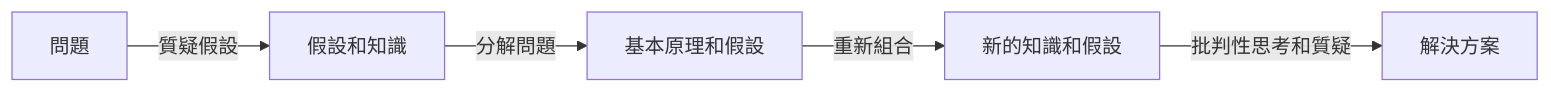
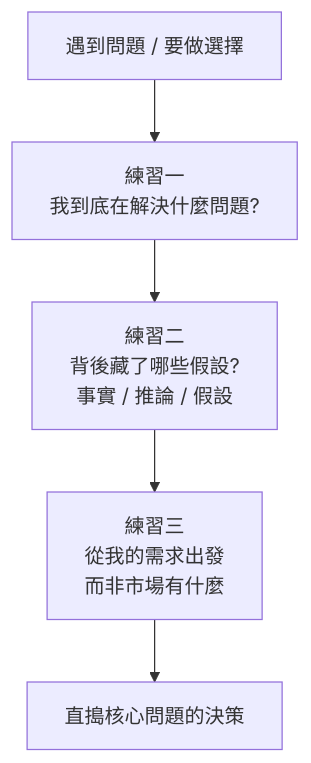
One commit to a920604a/engineernews changed the diagram in src/content/posts/learning/2026-04-25-ep665-first-principles-how-to-use-them-three-thinking-exerci.md. Above: the diagram before and after it, drawn with Mermaid. The commit also changed other lines of this file and 468 other files, not shown here.

````diff
--- a/src/content/posts/learning/2026-04-25-ep665-first-principles-how-to-use-them-three-thinking-exerci.md
+++ b/src/content/posts/learning/2026-04-25-ep665-first-principles-how-to-use-them-three-thinking-exerci.md
@@ -26,7 +28,7 @@
 ```mermaid
-graph LR
-    A[問題] -->|"質疑假設"| B[假設和知識]
-    B -->|"分解問題"| C[基本原理和假設]
-    C -->|"重新組合"| D[新的知識和假設]
-    D -->|"批判性思考和質疑"| E[解決方案]
+graph TD
+    A[遇到問題 / 要做選擇] --> B[練習一<br/>我到底在解決什麼問題?]
+    B --> C[練習二<br/>背後藏了哪些假設?<br/>事實 / 推論 / 假設]
+    C --> D[練習三<br/>從我的需求出發<br/>而非市場有什麼]
+    D --> E[直搗核心問題的決策]
 ```
````
